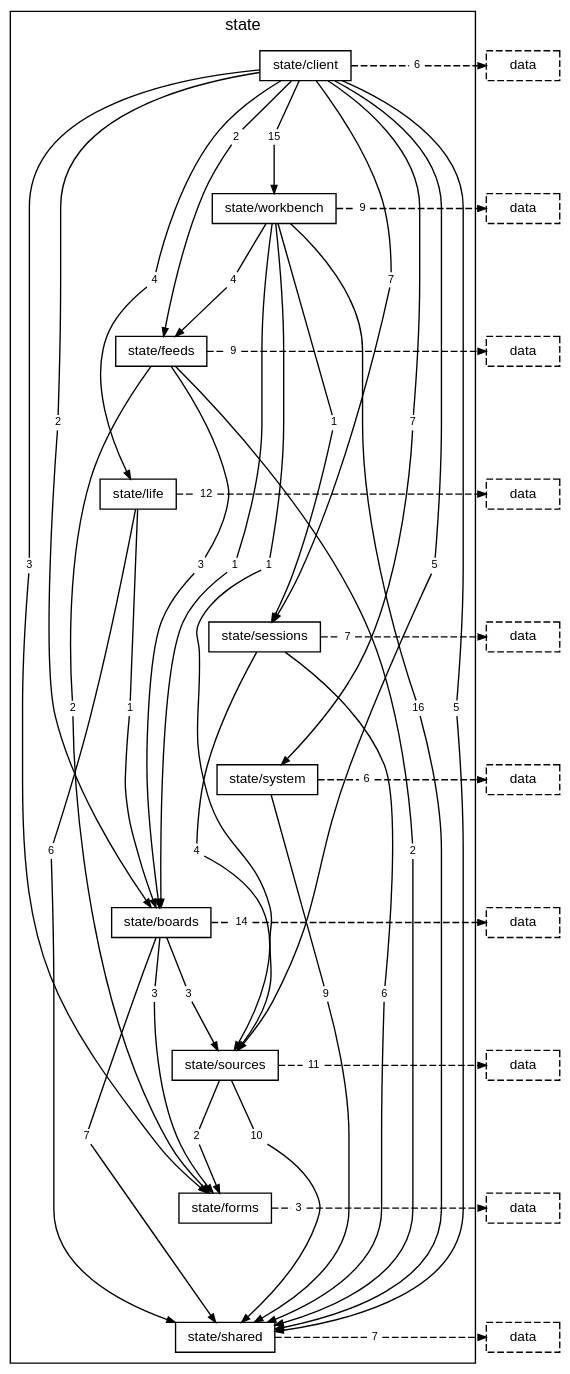
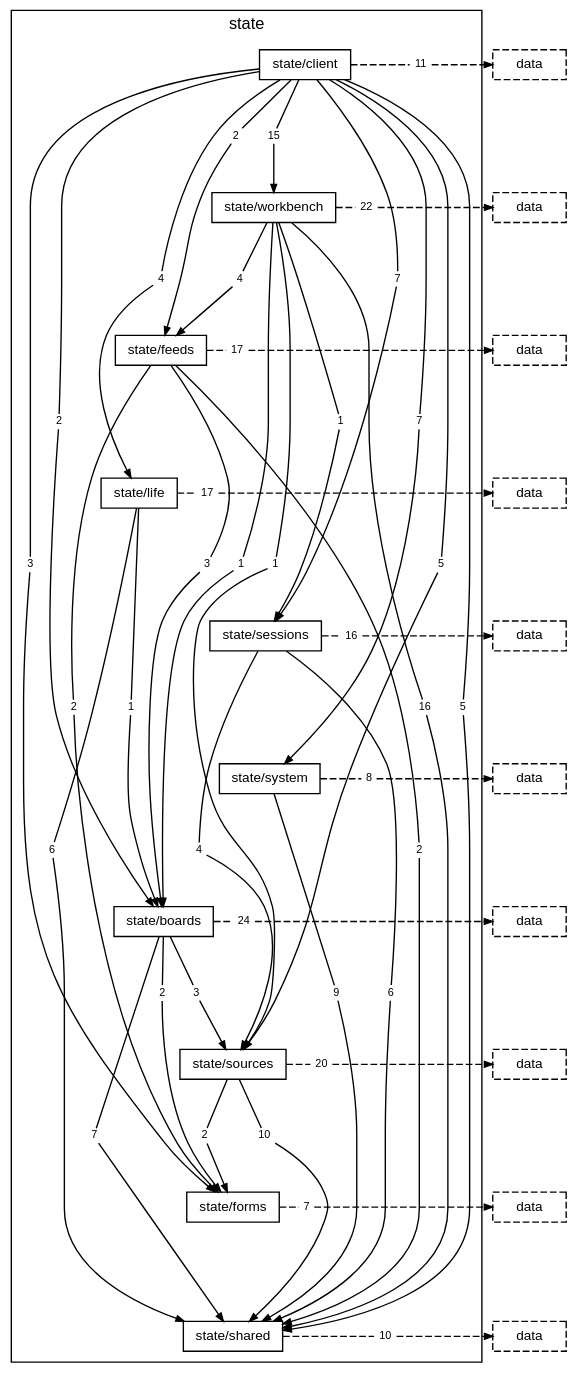
One commit to TheAxeC/oculus changed the diagram in docs/diagrams/layer-state.dot. Above: the diagram before and after it, drawn with Graphviz. The commit also changed 213 other files, not shown here.

```diff
--- a/docs/diagrams/layer-state.dot
+++ b/docs/diagrams/layer-state.dot
@@ -23,34 +23,34 @@
         "folder state/client to folder state/sources" [label="5", shape=box, color="transparent", fontsize=8, width=0, height=0, margin="0.04,0.02"];
         "folder state/client to folder state/system" [label="7", shape=box, color="transparent", fontsize=8, width=0, height=0, margin="0.04,0.02"];
         "folder state/client to folder state/workbench" [label="15", shape=box, color="transparent", fontsize=8, width=0, height=0, margin="0.04,0.02"];
-        "folder state/client to layer data" [label="6", shape=box, color="transparent", fontsize=8, width=0, height=0, margin="0.04,0.02"];
+        "folder state/client to layer data" [label="11", shape=box, color="transparent", fontsize=8, width=0, height=0, margin="0.04,0.02"];
         "folder state/workbench to folder state/boards" [label="1", shape=box, color="transparent", fontsize=8, width=0, height=0, margin="0.04,0.02"];
         "folder state/workbench to folder state/feeds" [label="4", shape=box, color="transparent", fontsize=8, width=0, height=0, margin="0.04,0.02"];
         "folder state/workbench to folder state/sessions" [label="1", shape=box, color="transparent", fontsize=8, width=0, height=0, margin="0.04,0.02"];
         "folder state/workbench to folder state/shared" [label="16", shape=box, color="transparent", fontsize=8, width=0, height=0, margin="0.04,0.02"];
         "folder state/workbench to folder state/sources" [label="1", shape=box, color="transparent", fontsize=8, width=0, height=0, margin="0.04,0.02"];
-        "folder state/workbench to layer data" [label="9", shape=box, color="transparent", fontsize=8, width=0, height=0, margin="0.04,0.02"];
+        "folder state/workbench to layer data" [label="22", shape=box, color="transparent", fontsize=8, width=0, height=0, margin="0.04,0.02"];
         "folder state/feeds to folder state/boards" [label="3", shape=box, color="transparent", fontsize=8, width=0, height=0, margin="0.04,0.02"];
         "folder state/feeds to folder state/forms" [label="2", shape=box, color="transparent", fontsize=8, width=0, height=0, margin="0.04,0.02"];
         "folder state/feeds to folder state/shared" [label="2", shape=box, color="transparent", fontsize=8, width=0, height=0, margin="0.04,0.02"];
-        "folder state/feeds to layer data" [label="9", shape=box, color="transparent", fontsize=8, width=0, height=0, margin="0.04,0.02"];
+        "folder state/feeds to layer data" [label="17", shape=box, color="transparent", fontsize=8, width=0, height=0, margin="0.04,0.02"];
         "folder state/life to folder state/boards" [label="1", shape=box, color="transparent", fontsize=8, width=0, height=0, margin="0.04,0.02"];
         "folder state/life to folder state/shared" [label="6", shape=box, color="transparent", fontsize=8, width=0, height=0, margin="0.04,0.02"];
-        "folder state/life to layer data" [label="12", shape=box, color="transparent", fontsize=8, width=0, height=0, margin="0.04,0.02"];
+        "folder state/life to layer data" [label="17", shape=box, color="transparent", fontsize=8, width=0, height=0, margin="0.04,0.02"];
         "folder state/sessions to folder state/shared" [label="6", shape=box, color="transparent", fontsize=8, width=0, height=0, margin="0.04,0.02"];
         "folder state/sessions to folder state/sources" [label="4", shape=box, color="transparent", fontsize=8, width=0, height=0, margin="0.04,0.02"];
-        "folder state/sessions to layer data" [label="7", shape=box, color="transparent", fontsize=8, width=0, height=0, margin="0.04,0.02"];
+        "folder state/sessions to layer data" [label="16", shape=box, color="transparent", fontsize=8, width=0, height=0, margin="0.04,0.02"];
         "folder state/system to folder state/shared" [label="9", shape=box, color="transparent", fontsize=8, width=0, height=0, margin="0.04,0.02"];
-        "folder state/system to layer data" [label="6", shape=box, color="transparent", fontsize=8, width=0, height=0, margin="0.04,0.02"];
-        "folder state/boards to folder state/forms" [label="3", shape=box, color="transparent", fontsize=8, width=0, height=0, margin="0.04,0.02"];
+        "folder state/system to layer data" [label="8", shape=box, color="transparent", fontsize=8, width=0, height=0, margin="0.04,0.02"];
+        "folder state/boards to folder state/forms" [label="2", shape=box, color="transparent", fontsize=8, width=0, height=0, margin="0.04,0.02"];
         "folder state/boards to folder state/shared" [label="7", shape=box, color="transparent", fontsize=8, width=0, height=0, margin="0.04,0.02"];
         "folder state/boards to folder state/sources" [label="3", shape=box, color="transparent", fontsize=8, width=0, height=0, margin="0.04,0.02"];
-        "folder state/boards to layer data" [label="14", shape=box, color="transparent", fontsize=8, width=0, height=0, margin="0.04,0.02"];
+        "folder state/boards to layer data" [label="24", shape=box, color="transparent", fontsize=8, width=0, height=0, margin="0.04,0.02"];
         "folder state/sources to folder state/forms" [label="2", shape=box, color="transparent", fontsize=8, width=0, height=0, margin="0.04,0.02"];
         "folder state/sources to folder state/shared" [label="10", shape=box, color="transparent", fontsize=8, width=0, height=0, margin="0.04,0.02"];
-        "folder state/sources to layer data" [label="11", shape=box, color="transparent", fontsize=8, width=0, height=0, margin="0.04,0.02"];
-        "folder state/forms to layer data" [label="3", shape=box, color="transparent", fontsize=8, width=0, height=0, margin="0.04,0.02"];
-        "folder state/shared to layer data" [label="7", shape=box, color="transparent", fontsize=8, width=0, height=0, margin="0.04,0.02"];
+        "folder state/sources to layer data" [label="20", shape=box, color="transparent", fontsize=8, width=0, height=0, margin="0.04,0.02"];
+        "folder state/forms to layer data" [label="7", shape=box, color="transparent", fontsize=8, width=0, height=0, margin="0.04,0.02"];
+        "folder state/shared to layer data" [label="10", shape=box, color="transparent", fontsize=8, width=0, height=0, margin="0.04,0.02"];
     }
     "layer data from folder state/client" [label="data", style=dashed];
     "layer data from folder state/workbench" [label="data", style=dashed];
```
